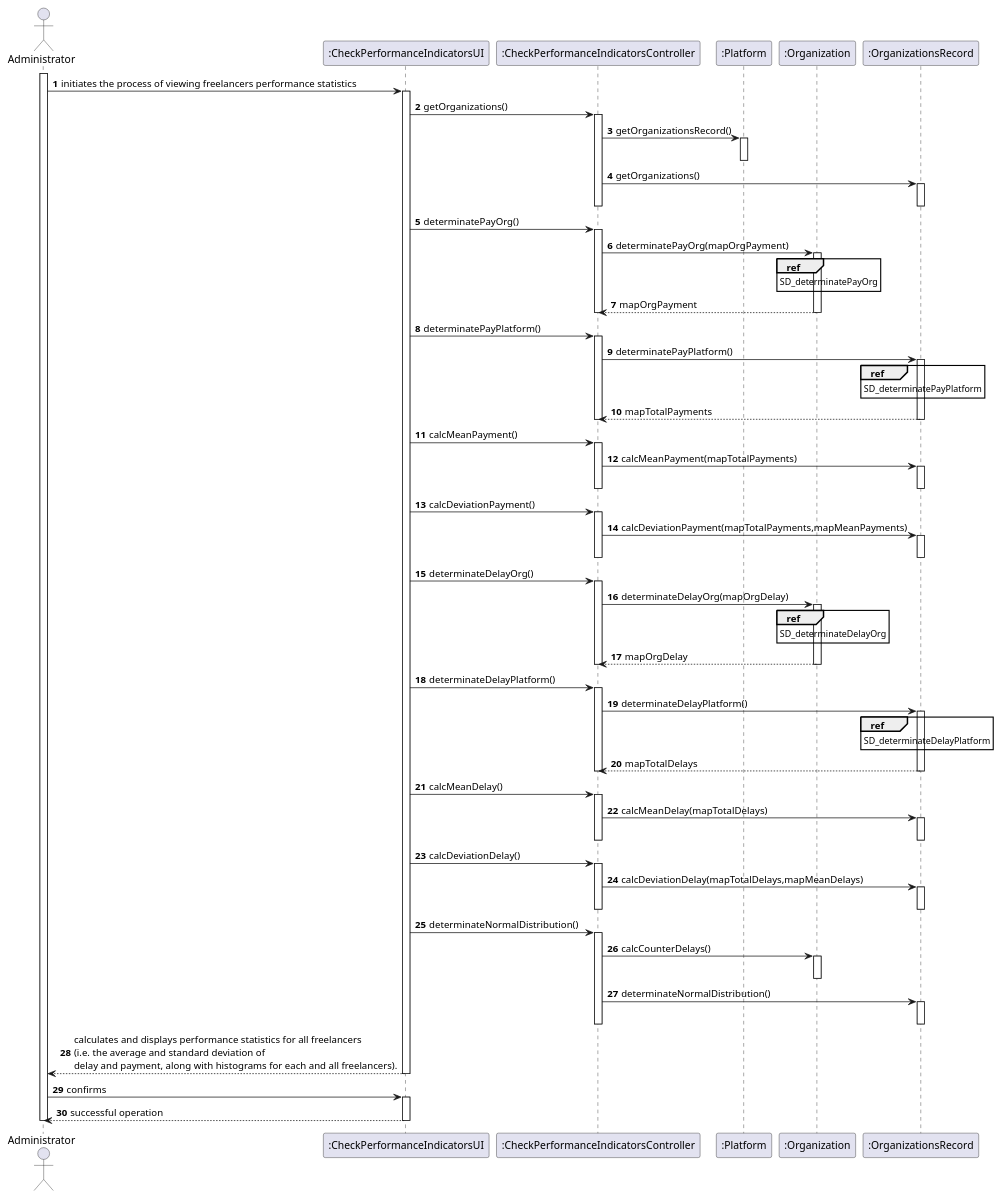
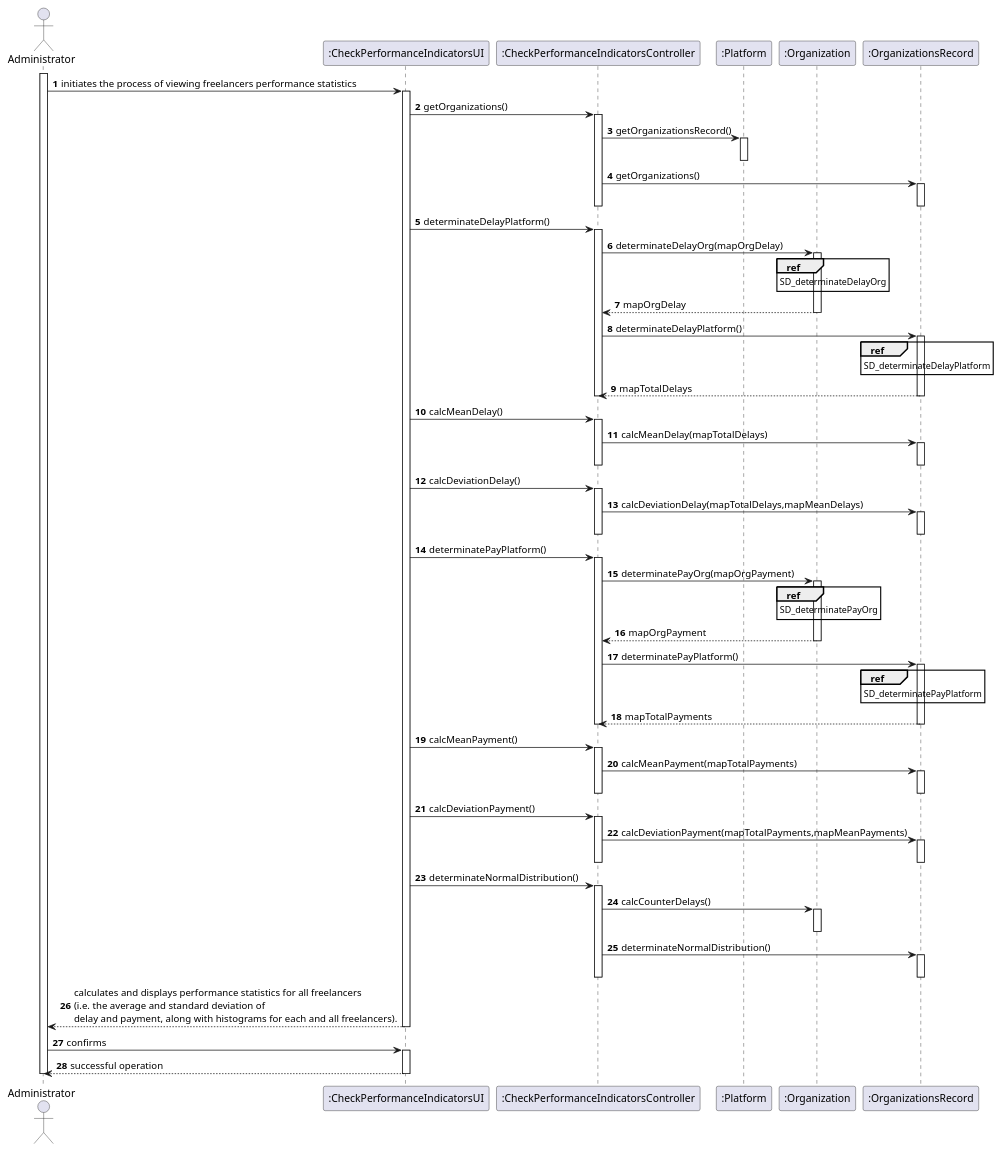
The diagram in docs/UC6 - Check performance indicators/UC6_SD.puml (pedrolemos4/LAPR2), drawn with PlantUML before and after one commit. The commit also changed 2 other files, not shown here.

```diff
--- a/docs/UC6 - Check performance indicators/UC6_SD.puml
+++ b/docs/UC6 - Check performance indicators/UC6_SD.puml
@@ -1,116 +1,109 @@
 @startuml
 autonumber
 
 actor "Administrator" as ADM
 participant ":CheckPerformanceIndicatorsUI" as UI
 participant ":CheckPerformanceIndicatorsController" as CTL
 participant ":Platform" as PLT
 participant ":Organization" as O
 participant ":OrganizationsRecord" as RO
 
 activate ADM
 ADM -> UI : initiates the process of viewing freelancers performance statistics
 activate UI
 
 UI -> CTL : getOrganizations()
 activate CTL
 CTL -> PLT : getOrganizationsRecord()
 activate PLT
 deactivate PLT
 CTL -> RO : getOrganizations()
 activate RO
 deactivate RO
 deactivate CTL
 
-UI -> CTL : determinatePayOrg()
+UI -> CTL : determinateDelayPlatform()
 activate CTL
+CTL -> O : determinateDelayOrg(mapOrgDelay)
+activate O
+ref over O
+SD_determinateDelayOrg
+end ref
+CTL <-- O : mapOrgDelay
+deactivate O
+CTL -> RO : determinateDelayPlatform()
+activate RO
+ref over RO
+SD_determinateDelayPlatform
+end ref
+CTL <-- RO : mapTotalDelays
+deactivate RO
+deactivate CTL
 
+UI -> CTL : calcMeanDelay()
+activate CTL
+CTL -> RO : calcMeanDelay(mapTotalDelays)
+activate RO
+deactivate RO
+deactivate CTL
+
+UI -> CTL : calcDeviationDelay()
+activate CTL
+CTL -> RO : calcDeviationDelay(mapTotalDelays,mapMeanDelays)
+activate RO
+deactivate RO
+deactivate CTL
+
+
+UI -> CTL : determinatePayPlatform()
+activate CTL
 CTL -> O : determinatePayOrg(mapOrgPayment)
 activate O
 ref over O
 SD_determinatePayOrg
 end ref
 CTL <-- O : mapOrgPayment
 deactivate O
-deactivate CTL
-
-UI -> CTL : determinatePayPlatform()
-activate CTL
 CTL -> RO : determinatePayPlatform()
 activate RO
 ref over RO
 SD_determinatePayPlatform
 end ref
 CTL <-- RO : mapTotalPayments
 deactivate RO
 deactivate CTL
 
 UI -> CTL : calcMeanPayment()
 activate CTL
 CTL -> RO : calcMeanPayment(mapTotalPayments)
 activate RO
 deactivate RO
 deactivate CTL
 
 UI -> CTL : calcDeviationPayment()
 activate CTL
 CTL -> RO : calcDeviationPayment(mapTotalPayments,mapMeanPayments)
 activate RO
 deactivate RO
 deactivate CTL
 
-UI -> CTL : determinateDelayOrg()
-activate CTL
-CTL -> O : determinateDelayOrg(mapOrgDelay)
-activate O
-ref over O
-SD_determinateDelayOrg
-end ref
-CTL <-- O : mapOrgDelay
-deactivate O
-deactivate CTL
-
-UI -> CTL : determinateDelayPlatform()
-activate CTL
-CTL -> RO : determinateDelayPlatform()
-activate RO
-ref over RO
-SD_determinateDelayPlatform
-end ref
-CTL <-- RO : mapTotalDelays
-deactivate RO
-deactivate CTL
-
-UI -> CTL : calcMeanDelay()
-activate CTL
-CTL -> RO : calcMeanDelay(mapTotalDelays)
-activate RO
-deactivate RO
-deactivate CTL
-
-UI -> CTL : calcDeviationDelay()
-activate CTL
-CTL -> RO : calcDeviationDelay(mapTotalDelays,mapMeanDelays)
-activate RO
-deactivate RO
-deactivate CTL
 
 UI -> CTL : determinateNormalDistribution()
 activate CTL
 CTL -> O : calcCounterDelays()
 activate O
 deactivate O
 CTL -> RO: determinateNormalDistribution()
 activate RO
 deactivate RO
 deactivate CTL
 
 UI --> ADM : calculates and displays performance statistics for all freelancers \n(i.e. the average and standard deviation of \ndelay and payment, along with histograms for each and all freelancers).
 deactivate UI
 ADM -> UI : confirms
 activate UI
 UI --> ADM : successful operation
 deactivate UI
 deactivate ADM
 
 @enduml
```
